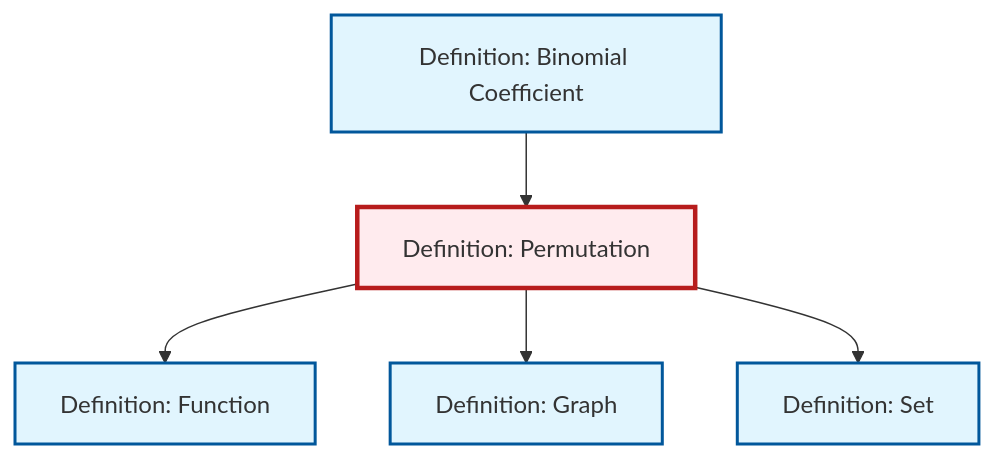
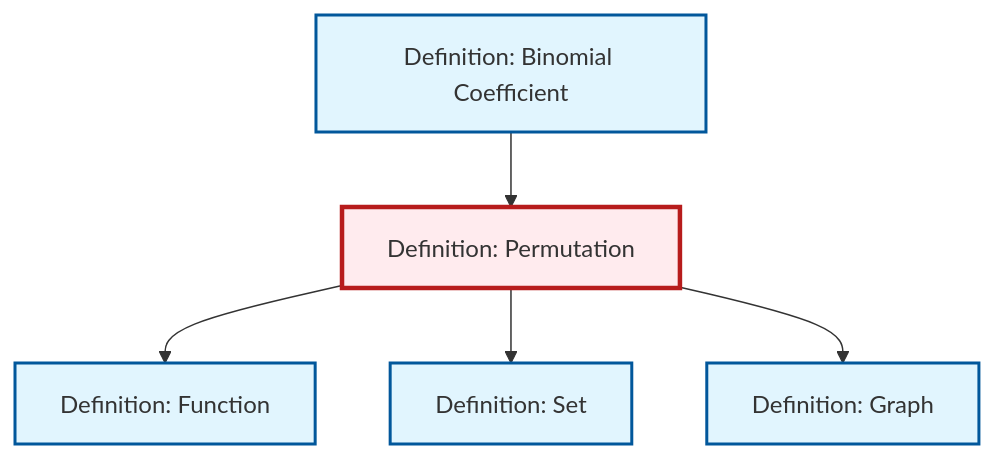
Before and after one commit to RK0429/ModernMath: the diagram in content/en/combinatorics/def-permutation.qmd, drawn with Mermaid. The commit also changed other lines of this file and 619 other files, not shown here.

````diff
--- a/content/en/combinatorics/def-permutation.qmd
+++ b/content/en/combinatorics/def-permutation.qmd
@@ -53,23 +53,23 @@
 ```{mermaid}
 %%| fig-cap: "Local dependency graph"
 graph TD
     classDef definition fill:#e1f5fe,stroke:#01579b,stroke-width:2px
     classDef theorem fill:#f3e5f5,stroke:#4a148c,stroke-width:2px
     classDef axiom fill:#fff3e0,stroke:#e65100,stroke-width:2px
     classDef example fill:#e8f5e9,stroke:#1b5e20,stroke-width:2px
     classDef current fill:#ffebee,stroke:#b71c1c,stroke-width:3px
+    def-set["Definition: Set"]:::definition
+    def-permutation["Definition: Permutation"]:::definition
     def-binomial-coefficient["Definition: Binomial Coefficient"]:::definition
     def-function["Definition: Function"]:::definition
-    def-set["Definition: Set"]:::definition
-    def-permutation["Definition: Permutation"]:::definition
     def-graph["Definition: Graph"]:::definition
     def-permutation --> def-function
     def-binomial-coefficient --> def-permutation
+    def-permutation --> def-set
     def-permutation --> def-graph
-    def-permutation --> def-set
     class def-permutation current
+    click def-set "def-set.html" "Go to Set definition"
     click def-binomial-coefficient "def-binomial-coefficient.html" "Go to Binomial Coefficient definition"
     click def-function "def-function.html" "Go to Function definition"
-    click def-set "def-set.html" "Go to Set definition"
     click def-graph "def-graph.html" "Go to Graph definition"
 ```
````
